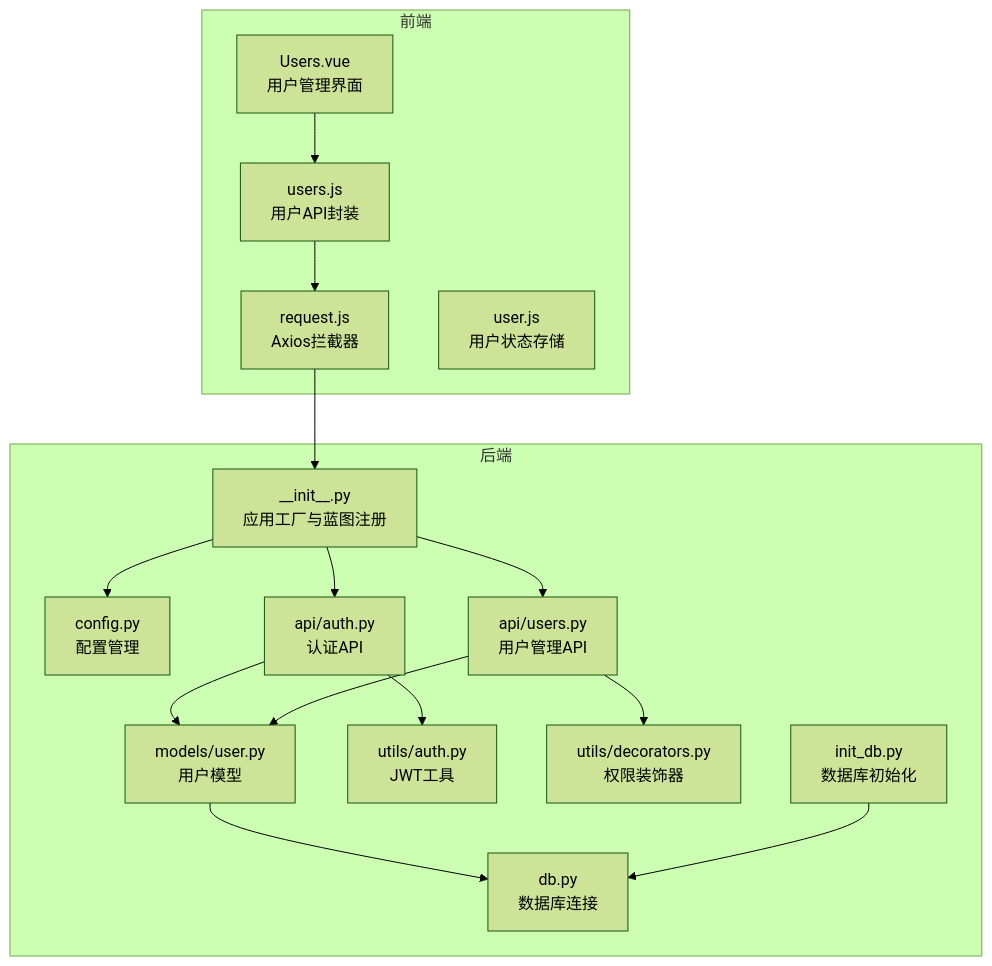
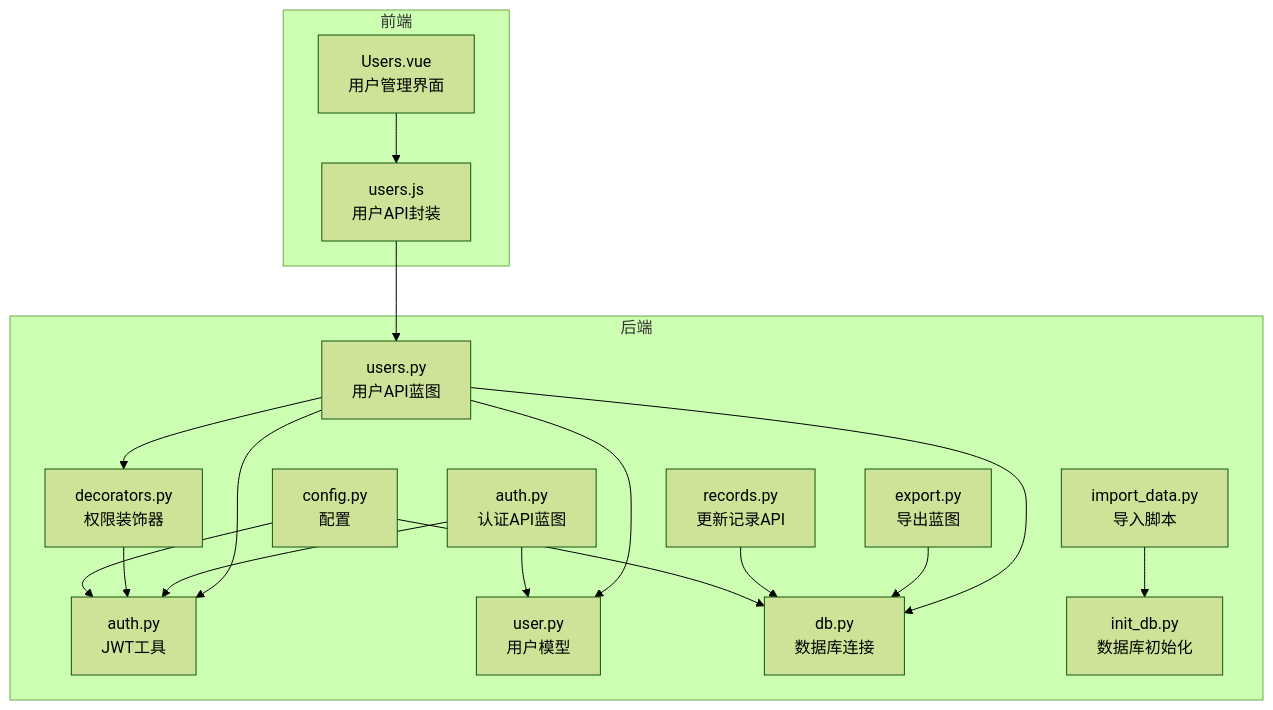
The first of 7 diagrams in .qoder/repowiki/zh/content/核心功能模块/用户管理模块.md (ismine3/OPS), drawn with Mermaid (forest theme) before and after one commit. The commit also changed other lines of this file and 109 other files, not shown here.

````diff
--- a/.qoder/repowiki/zh/content/核心功能模块/用户管理模块.md
+++ b/.qoder/repowiki/zh/content/核心功能模块/用户管理模块.md
@@ -40,32 +43,34 @@
 ```mermaid
 graph TB
 subgraph "前端"
 FE_Users["Users.vue<br/>用户管理界面"]
 FE_API["users.js<br/>用户API封装"]
-FE_Request["request.js<br/>Axios拦截器"]
-FE_Store["user.js<br/>用户状态存储"]
 end
 subgraph "后端"
-BE_App["__init__.py<br/>应用工厂与蓝图注册"]
-BE_Config["config.py<br/>配置管理"]
-BE_DB["db.py<br/>数据库连接"]
-BE_AuthAPI["api/auth.py<br/>认证API"]
-BE_UserAPI["api/users.py<br/>用户管理API"]
-BE_ModelUser["models/user.py<br/>用户模型"]
-BE_UtilsAuth["utils/auth.py<br/>JWT工具"]
-BE_UtilsDecor["utils/decorators.py<br/>权限装饰器"]
-BE_InitDB["init_db.py<br/>数据库初始化"]
+BP_API["users.py<br/>用户API蓝图"]
+AUTH_API["auth.py<br/>认证API蓝图"]
+DECOR["decorators.py<br/>权限装饰器"]
+AUTH_UTIL["auth.py<br/>JWT工具"]
+MODEL_USER["user.py<br/>用户模型"]
+DB_UTIL["db.py<br/>数据库连接"]
+CFG["config.py<br/>配置"]
+EXPORT_BP["export.py<br/>导出蓝图"]
+IMPORT_PY["import_data.py<br/>导入脚本"]
+RECORDS_BP["records.py<br/>更新记录API"]
+INIT_DB["init_db.py<br/>数据库初始化"]
 end
 FE_Users --> FE_API
-FE_API --> FE_Request
-FE_Request --> BE_App
-BE_App --> BE_AuthAPI
-BE_App --> BE_UserAPI
-BE_AuthAPI --> BE_ModelUser
-BE_UserAPI --> BE_ModelUser
-BE_AuthAPI --> BE_UtilsAuth
-BE_UserAPI --> BE_UtilsDecor
-BE_ModelUser --> BE_DB
-BE_App --> BE_Config
-BE_InitDB --> BE_DB
+FE_API --> BP_API
+BP_API --> DECOR
+BP_API --> AUTH_UTIL
+BP_API --> MODEL_USER
+BP_API --> DB_UTIL
+AUTH_API --> AUTH_UTIL
+AUTH_API --> MODEL_USER
+DECOR --> AUTH_UTIL
+EXPORT_BP --> DB_UTIL
+IMPORT_PY --> INIT_DB
+RECORDS_BP --> DB_UTIL
+CFG --> AUTH_UTIL
+CFG --> DB_UTIL
 ```
````
